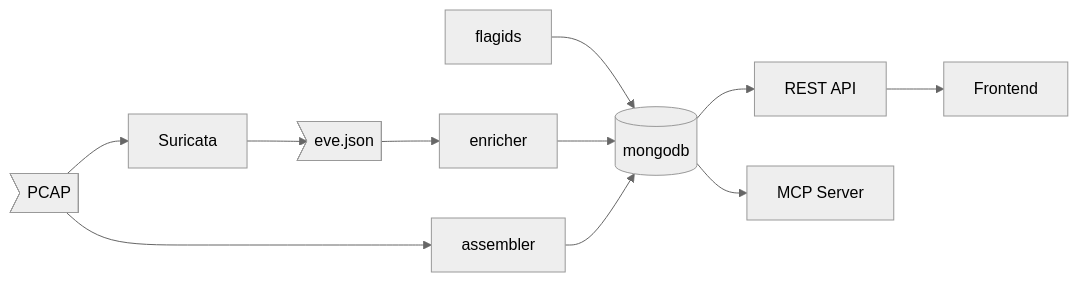
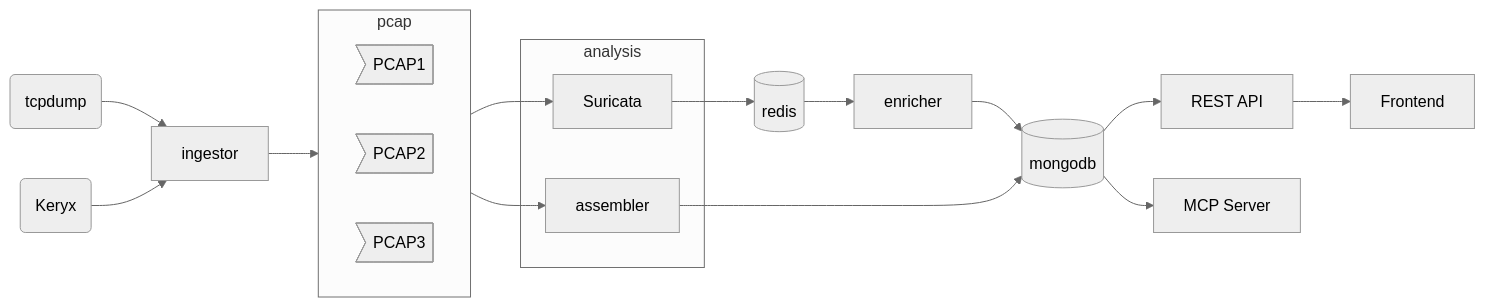
The diagram in DEVELOPMENT.md (UlisseLab/tulip), drawn with Mermaid (neutral theme) before and after one commit. The commit also changed 1 other file, not shown here.

Commit message:
Update Suricata run script and Mermaid diagram
- Refactor Suricata run.sh for clarity and reliability - Revise Mermaid
diagram in DEVELOPMENT.md to reflect new flow

````diff
--- a/DEVELOPMENT.md
+++ b/DEVELOPMENT.md
@@ -15,27 +15,32 @@
 ```mermaid
 flowchart LR
-    PCAP>PCAP]
-    EJSON>eve.json]
-
-    ASS[assembler]
+    TCP1(tcpdump)
+    KERYX(Keryx)
+    subgraph pcap
+        direction RL
+        PCAP1>PCAP1]
+        PCAP2>PCAP2]
+        PCAP3>PCAP3]
+    end
+    subgraph analysis
+        ASS[assembler]
+        SUR[Suricata]
+    end
+    ING[ingestor]
     ENR[enricher]
-    FLA[flagids]
-    SUR[Suricata]
     DB[(mongodb)]
-
+    REDIS[(redis)]
     API[REST API]
     MCP[MCP Server]
     FRO[Frontend]
-
-    PCAP --> ASS
-    PCAP --> SUR
-
-    SUR --> EJSON --> ENR
-
-    FLA --> DB
+    TCP1  --> ING
+    KERYX --> ING
+    ING --> pcap
+    pcap --> ASS
+    pcap --> SUR
+    SUR --> REDIS --> ENR
     ENR --> DB
     ASS --> DB
-
     DB --> API --> FRO
     DB --> MCP
 ```
````
